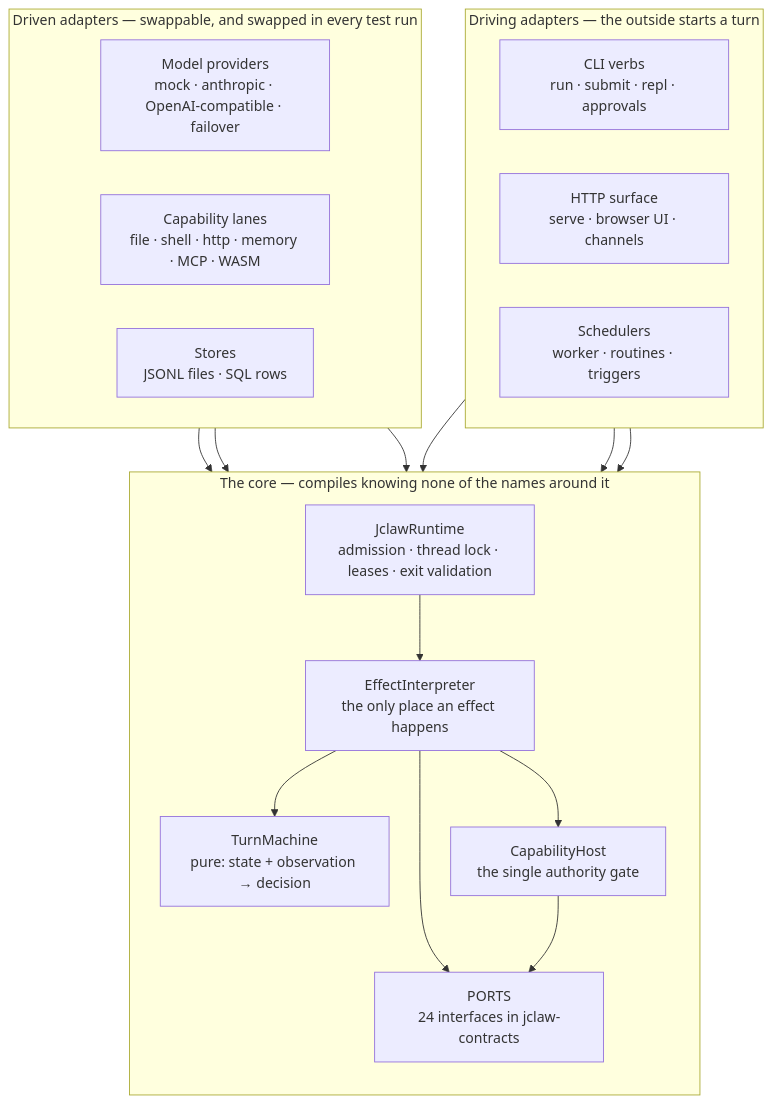
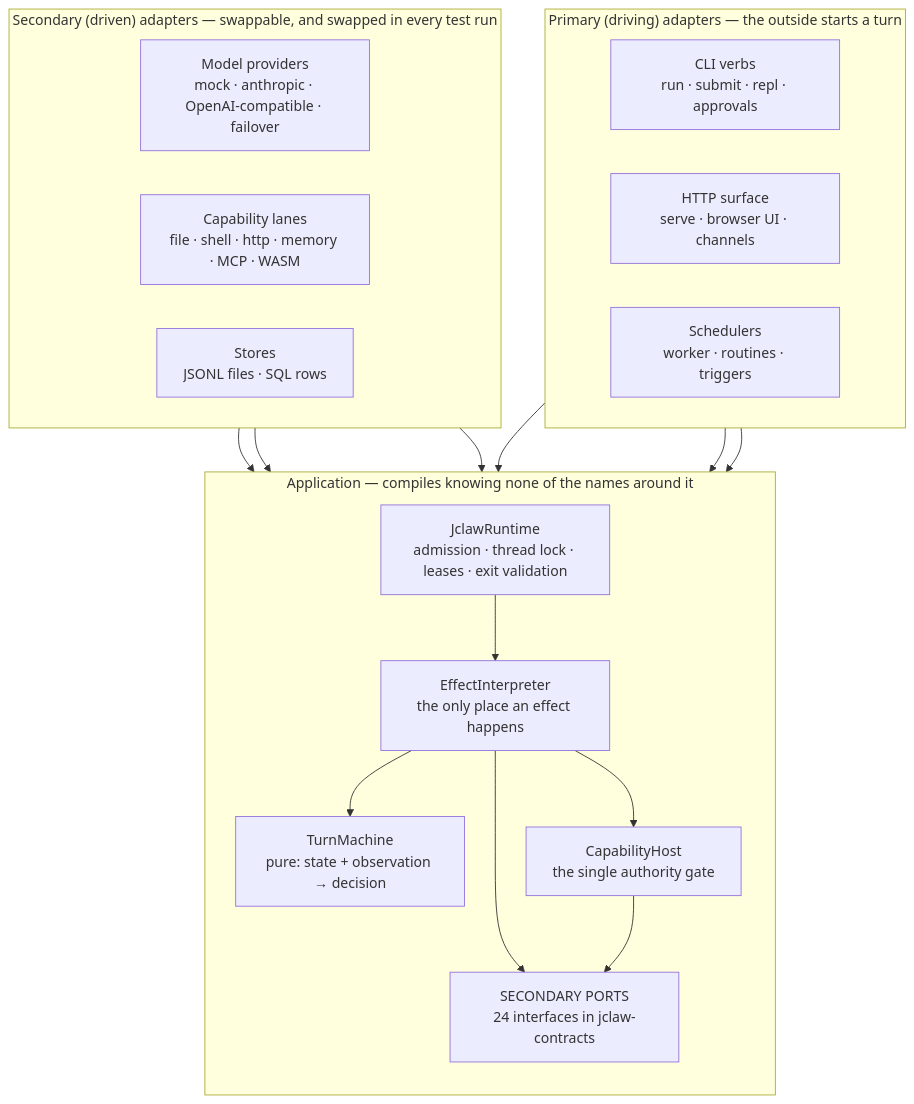
Before and after one commit to dgreco/jclaw: the first of 6 diagrams in ARCH.md, drawn with Mermaid. The commit also changed other lines of this file and 1 other file, not shown here.

````diff
--- a/ARCH.md
+++ b/ARCH.md
@@ -132,37 +150,37 @@
 ```mermaid
 flowchart TB
-    subgraph DRIVING["Driving adapters — the outside starts a turn"]
+    subgraph DRIVING["Primary (driving) adapters — the outside starts a turn"]
         direction LR
         CLI["CLI verbs<br/>run · submit · repl · approvals"]
         HTTP["HTTP surface<br/>serve · browser UI · channels"]
         SCHED["Schedulers<br/>worker · routines · triggers"]
     end
 
-    subgraph INSIDE["The core — compiles knowing none of the names around it"]
+    subgraph INSIDE["Application — compiles knowing none of the names around it"]
         direction TB
         RT["JclawRuntime<br/>admission · thread lock · leases · exit validation"]
         INTERP["EffectInterpreter<br/>the only place an effect happens"]
         MACHINE["TurnMachine<br/>pure: state + observation → decision"]
         HOST["CapabilityHost<br/>the single authority gate"]
-        PORTS["PORTS<br/>24 interfaces in jclaw-contracts"]
+        PORTS["SECONDARY PORTS<br/>24 interfaces in jclaw-contracts"]
     end
 
-    subgraph DRIVEN["Driven adapters — swappable, and swapped in every test run"]
+    subgraph DRIVEN["Secondary (driven) adapters — swappable, and swapped in every test run"]
         direction LR
         PROV["Model providers<br/>mock · anthropic · OpenAI-compatible · failover"]
         LANES["Capability lanes<br/>file · shell · http · memory · MCP · WASM"]
         STORES["Stores<br/>JSONL files · SQL rows"]
     end
 
     CLI --> RT
     HTTP --> RT
     SCHED --> RT
     RT --> INTERP
     INTERP --> MACHINE
     INTERP --> HOST
     INTERP --> PORTS
     HOST --> PORTS
     PROV --> PORTS
     LANES --> PORTS
     STORES --> PORTS
 ```
````
